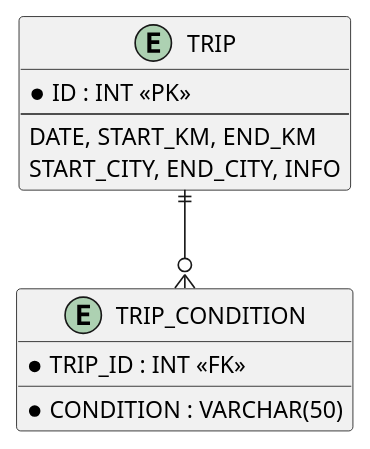
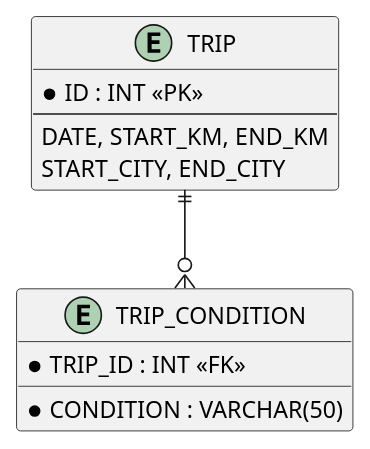
Before and after one commit to JBrunnerhtl/Driving_Tracker_Java_Docs: the third of 3 diagrams in asciidocs/slides/presentation.adoc, drawn with PlantUML. The commit also changed other lines of this file, not shown here.

Commit message:
fixed diagrams

```diff
--- a/asciidocs/slides/presentation.adoc
+++ b/asciidocs/slides/presentation.adoc
@@ -173,20 +173,20 @@
-[plantuml, erd, svg, width=90%, height=400]
+[plantuml, erd, svg]
 ----
 @startuml DrivingTracker_ERD
 
 entity TRIP {
     * ID : INT <<PK>>
     ---
     DATE, START_KM, END_KM
-    START_CITY, END_CITY, INFO
+    START_CITY, END_CITY
 }
 
 entity TRIP_CONDITION {
     * TRIP_ID : INT <<FK>>
     * CONDITION : VARCHAR(50)
 }
 
 TRIP ||--o{ TRIP_CONDITION
 
 @enduml
 ----
```
